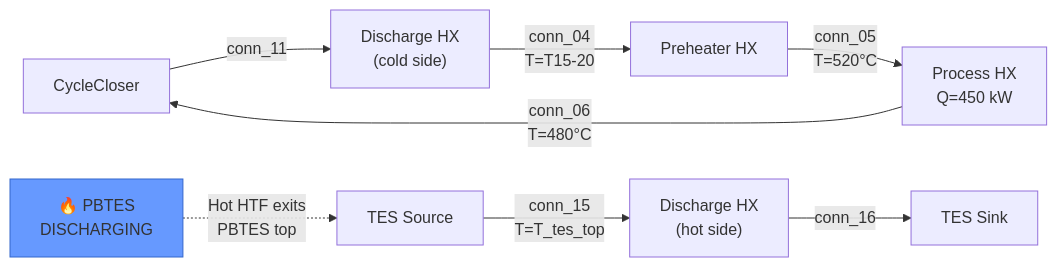
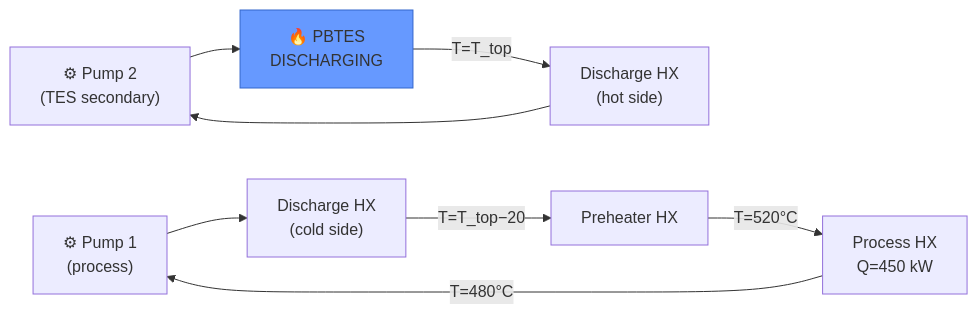
The tenth of 17 diagrams in insumos paper/PLANT_LAYOUTS_AND_MODES.md (iwolde/pbtes-sim), drawn with Mermaid before and after one commit. The commit also changed other lines of this file and 1 other file, not shown here.

````diff
--- a/insumos paper/PLANT_LAYOUTS_AND_MODES.md
+++ b/insumos paper/PLANT_LAYOUTS_AND_MODES.md
@@ -343,14 +384,13 @@
 ```mermaid
 graph LR
-    SRC["TES Source"] -->|conn_15<br/>T=T_tes_top| DHX_H["Discharge HX<br/>(hot side)"]
-    DHX_H -->|conn_16| SNK["TES Sink"]
+    P2["⚙ Pump 2<br/>(TES secondary)"] --> PBTES["🔥 PBTES<br/>DISCHARGING"]
+    PBTES -->|"T=T_top"| DHX_H["Discharge HX<br/>(hot side)"]
+    DHX_H --> P2
 
-    CC["CycleCloser"] -->|conn_11| DHX_C["Discharge HX<br/>(cold side)"]
-    DHX_C -->|conn_04<br/>T=T15-20| PH["Preheater HX"]
-    PH -->|conn_05<br/>T=520°C| PR["Process HX<br/>Q=450 kW"]
-    PR -->|conn_06<br/>T=480°C| CC
-
-    PBTES["🔥 PBTES<br/>DISCHARGING"] -.->|"Hot HTF exits<br/>PBTES top"| SRC
+    P1["⚙ Pump 1<br/>(process)"] --> DHX_C["Discharge HX<br/>(cold side)"]
+    DHX_C -->|"T=T_top−20"| PH["Preheater HX"]
+    PH -->|"T=520°C"| PR["Process HX<br/>Q=450 kW"]
+    PR -->|"T=480°C"| P1
 
     style PBTES fill:#69f,stroke:#36c
 ```
````
